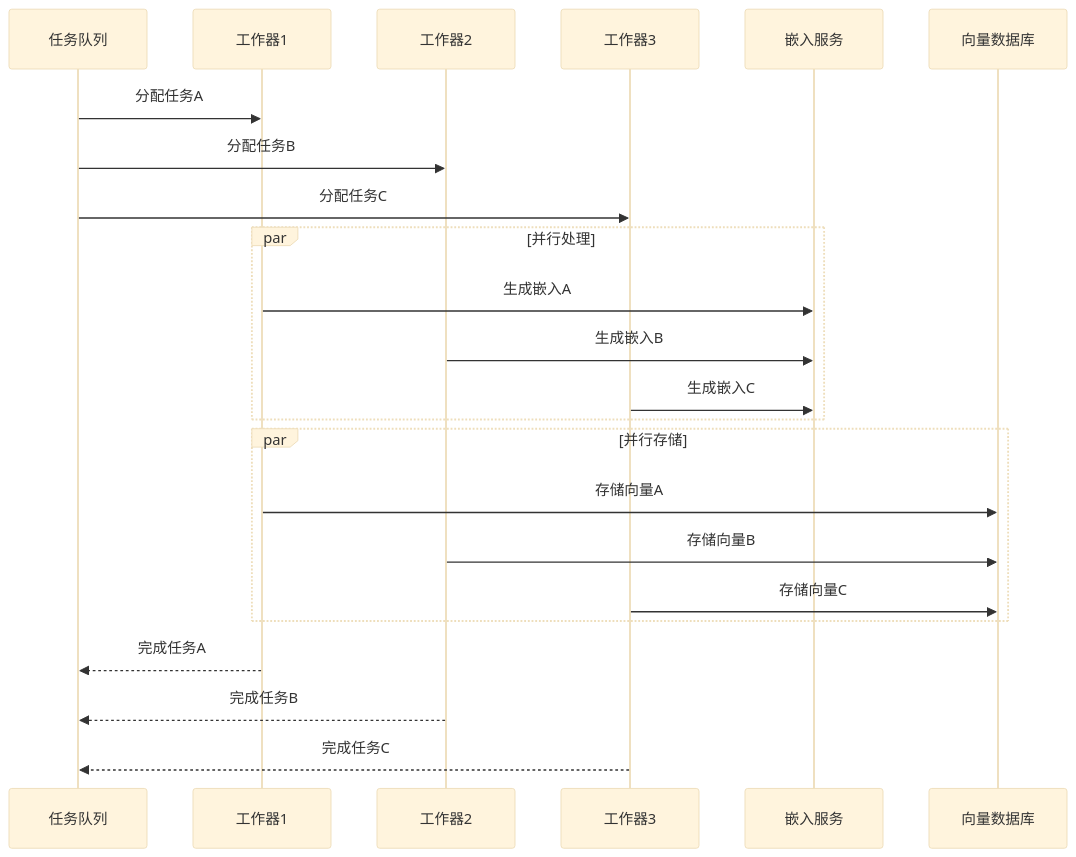
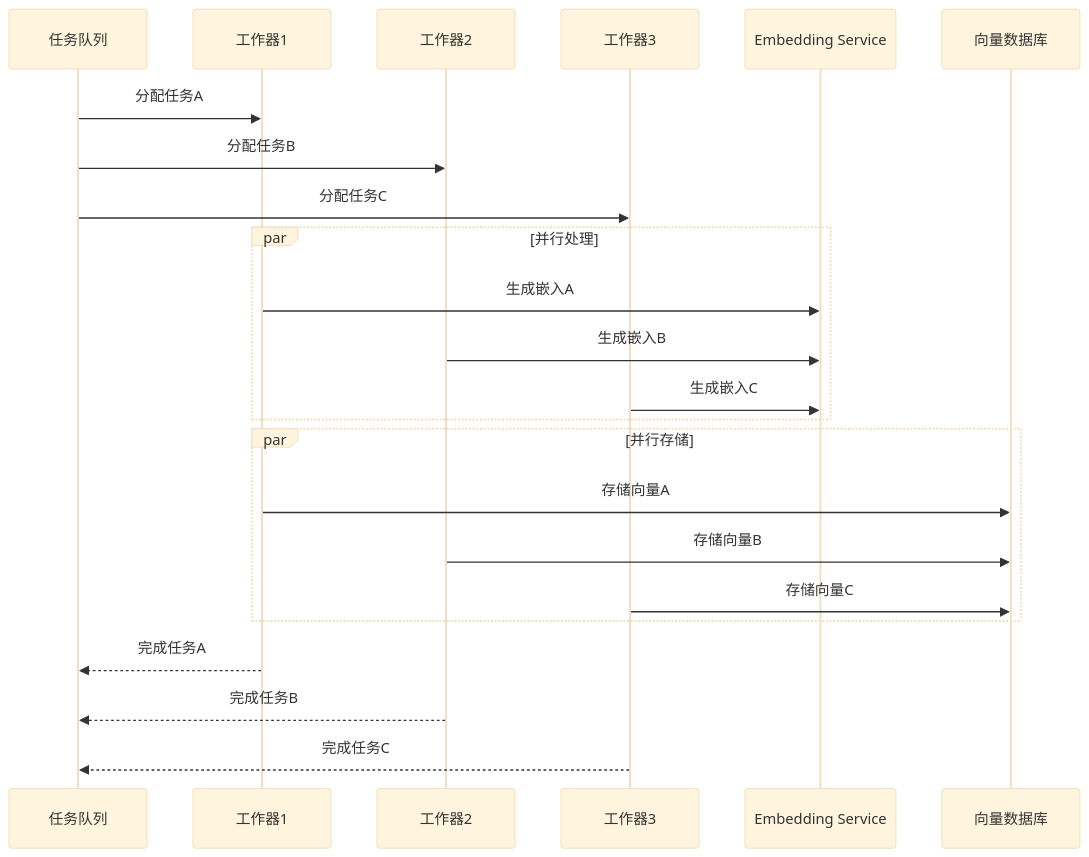
Before and after one commit to guangtouwangba/weaver: the third of 5 diagrams in docs/rag-processing-sequence-diagram.md, drawn with Mermaid (base theme). The commit also changed other lines of this file and 9 other files, not shown here.

Commit message:
Complete translation of SQL schema and key config files

````diff
--- a/docs/rag-processing-sequence-diagram.md
+++ b/docs/rag-processing-sequence-diagram.md
@@ -113,29 +113,29 @@
 ```mermaid
 sequenceDiagram
     participant Queue as 任务队列
     participant Worker1 as 工作器1
     participant Worker2 as 工作器2
     participant Worker3 as 工作器3
-    participant Embedder as 嵌入服务
+    participant Embedder as Embedding Service
     participant VectorDB as 向量数据库
     
     Queue->>Worker1: 分配任务A
     Queue->>Worker2: 分配任务B
     Queue->>Worker3: 分配任务C
     
     par 并行处理
         Worker1->>Embedder: 生成嵌入A
         Worker2->>Embedder: 生成嵌入B
         Worker3->>Embedder: 生成嵌入C
     end
     
     par 并行存储
         Worker1->>VectorDB: 存储向量A
         Worker2->>VectorDB: 存储向量B  
         Worker3->>VectorDB: 存储向量C
     end
     
     Worker1-->>Queue: 完成任务A
     Worker2-->>Queue: 完成任务B
     Worker3-->>Queue: 完成任务C
 ```
````
